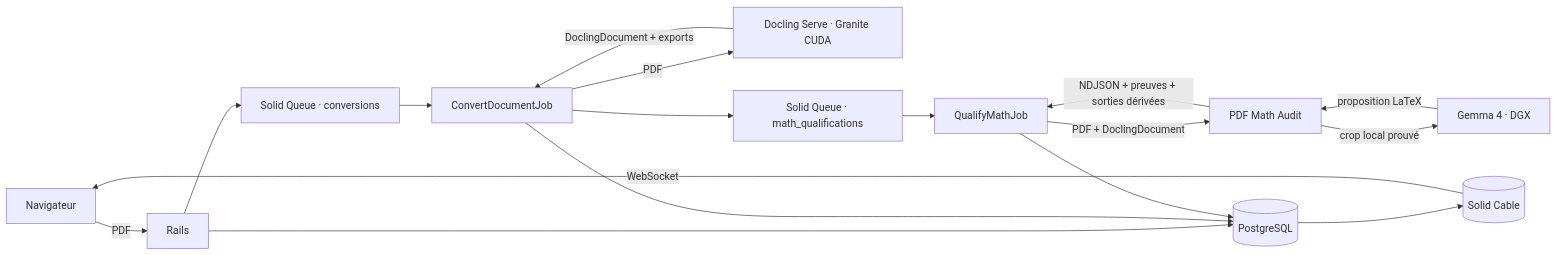
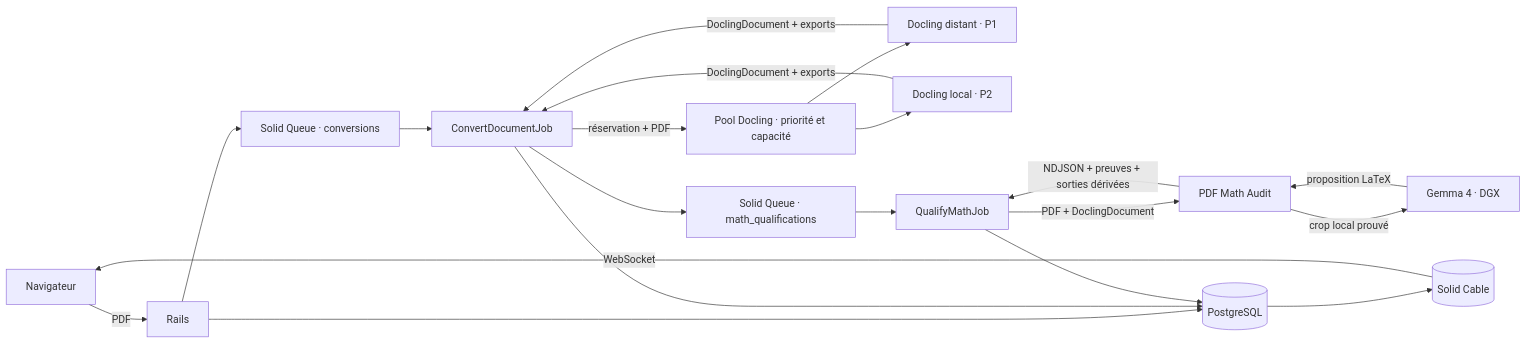
Before and after one commit to toba75/chatbot_trading: the diagram in PROCESS.md, drawn with Mermaid. The commit also changed other lines of this file and 22 other files, not shown here.

Commit message:
feat: ordonnancer Docling et simplifier le diagnostic PDF

````diff
--- a/PROCESS.md
+++ b/PROCESS.md
@@ -6,19 +7,22 @@
 ```mermaid
 flowchart LR
     U["Navigateur"] -->|"PDF"| R["Rails"]
     R --> P[("PostgreSQL")]
     R --> CQ["Solid Queue · conversions"]
     CQ --> C["ConvertDocumentJob"]
-    C -->|"PDF"| D["Docling Serve · Granite CUDA"]
-    D -->|"DoclingDocument + exports"| C
+    C -->|"réservation + PDF"| D["Pool Docling · priorité et capacité"]
+    D --> S1["Docling distant · P1"]
+    D --> S2["Docling local · P2"]
+    S1 -->|"DoclingDocument + exports"| C
+    S2 -->|"DoclingDocument + exports"| C
     C --> P
     C --> MQ["Solid Queue · math_qualifications"]
     MQ --> M["QualifyMathJob"]
     M -->|"PDF + DoclingDocument"| A["PDF Math Audit"]
     A -->|"crop local prouvé"| G["Gemma 4 · DGX"]
     G -->|"proposition LaTeX"| A
     A -->|"NDJSON + preuves + sorties dérivées"| M
     M --> P
     P --> SC[("Solid Cable")]
     SC -->|"WebSocket"| U
 ```
````
